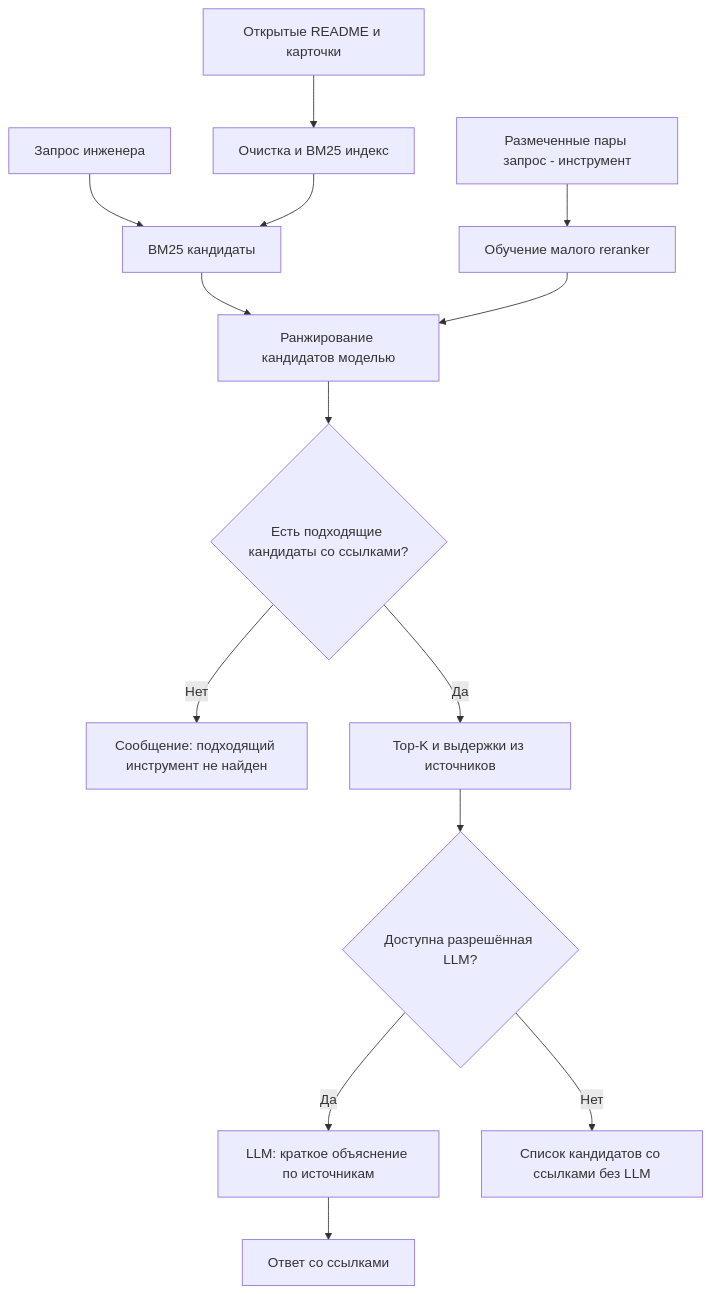
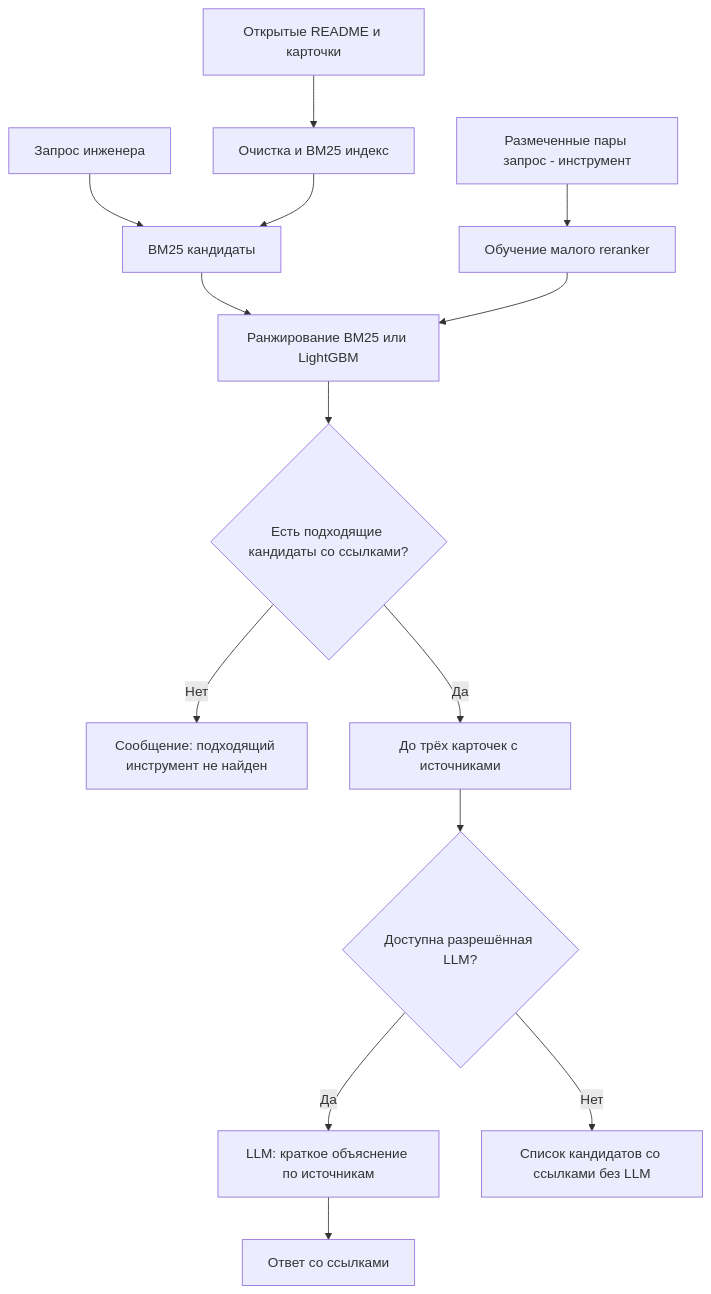
The second of 2 diagrams in docs/ml_system_design_doc.md (LuckyAm20/mlsd-engineering-tools-assistant), drawn with Mermaid before and after one commit. The commit also changed other lines of this file, not shown here.

````diff
--- a/docs/ml_system_design_doc.md
+++ b/docs/ml_system_design_doc.md
@@ -94,16 +119,16 @@
 ```mermaid
 flowchart TD
     A[Открытые README и карточки] --> B[Очистка и BM25 индекс]
     T[Размеченные пары запрос - инструмент] --> M[Обучение малого reranker]
     Q[Запрос инженера] --> S[BM25 кандидаты]
     B --> S
-    S --> R[Ранжирование кандидатов моделью]
+    S --> R[Ранжирование BM25 или LightGBM]
     M --> R
     R --> C{Есть подходящие кандидаты со ссылками?}
     C -->|Нет| N[Сообщение: подходящий инструмент не найден]
-    C -->|Да| K[Top-K и выдержки из источников]
+    C -->|Да| K[До трёх карточек с источниками]
     K --> G{Доступна разрешённая LLM?}
     G -->|Да| L[LLM: краткое объяснение по источникам]
     L --> O[Ответ со ссылками]
     G -->|Нет| P[Список кандидатов со ссылками без LLM]
 ```
````
